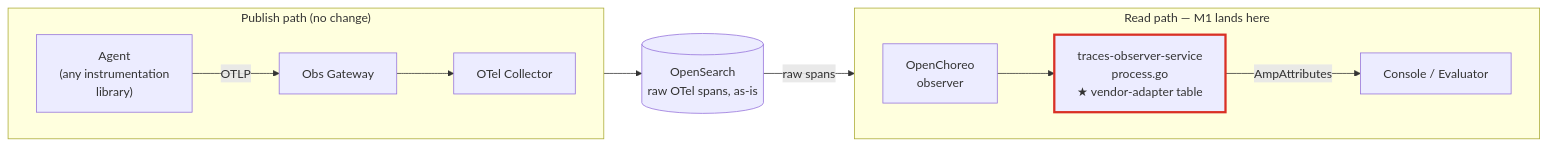
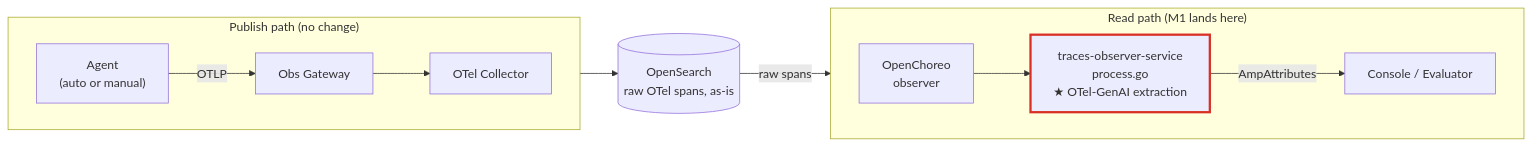
Before and after one commit to RAVEENSR/agent-manager: the third of 5 diagrams in references/INSTRUMENTATION_REDESIGN_PROPOSAL.md, drawn with Mermaid. The commit also changed other lines of this file, not shown here.

First line of the commit message:
Revise auto-instrumentation proposal per design review

````diff
--- a/references/INSTRUMENTATION_REDESIGN_PROPOSAL.md
+++ b/references/INSTRUMENTATION_REDESIGN_PROPOSAL.md
@@ -115,27 +119,27 @@
 ```mermaid
 flowchart LR
     subgraph publish["Publish path (no change)"]
         direction LR
-        Agent["Agent<br/>(any instrumentation<br/>library)"]
+        Agent["Agent<br/>(auto or manual)"]
         OG["Obs Gateway"]
         OTC["OTel Collector"]
         Agent -->|OTLP| OG
         OG --> OTC
     end
 
     OS[("OpenSearch<br/>raw OTel spans, as-is")]
     OTC --> OS
 
-    subgraph read["Read path — M1 lands here"]
+    subgraph read["Read path (M1 lands here)"]
         direction LR
         OCObs["OpenChoreo<br/>observer"]
-        TOS["traces-observer-service<br/>process.go<br/>★ vendor-adapter table"]
+        TOS["traces-observer-service<br/>process.go<br/>★ OTel-GenAI extraction"]
         Console["Console / Evaluator"]
         OCObs --> TOS
         TOS -->|AmpAttributes| Console
     end
 
     OS -->|raw spans| OCObs
 
     style TOS stroke:#d93025,stroke-width:3px
 ```
````
